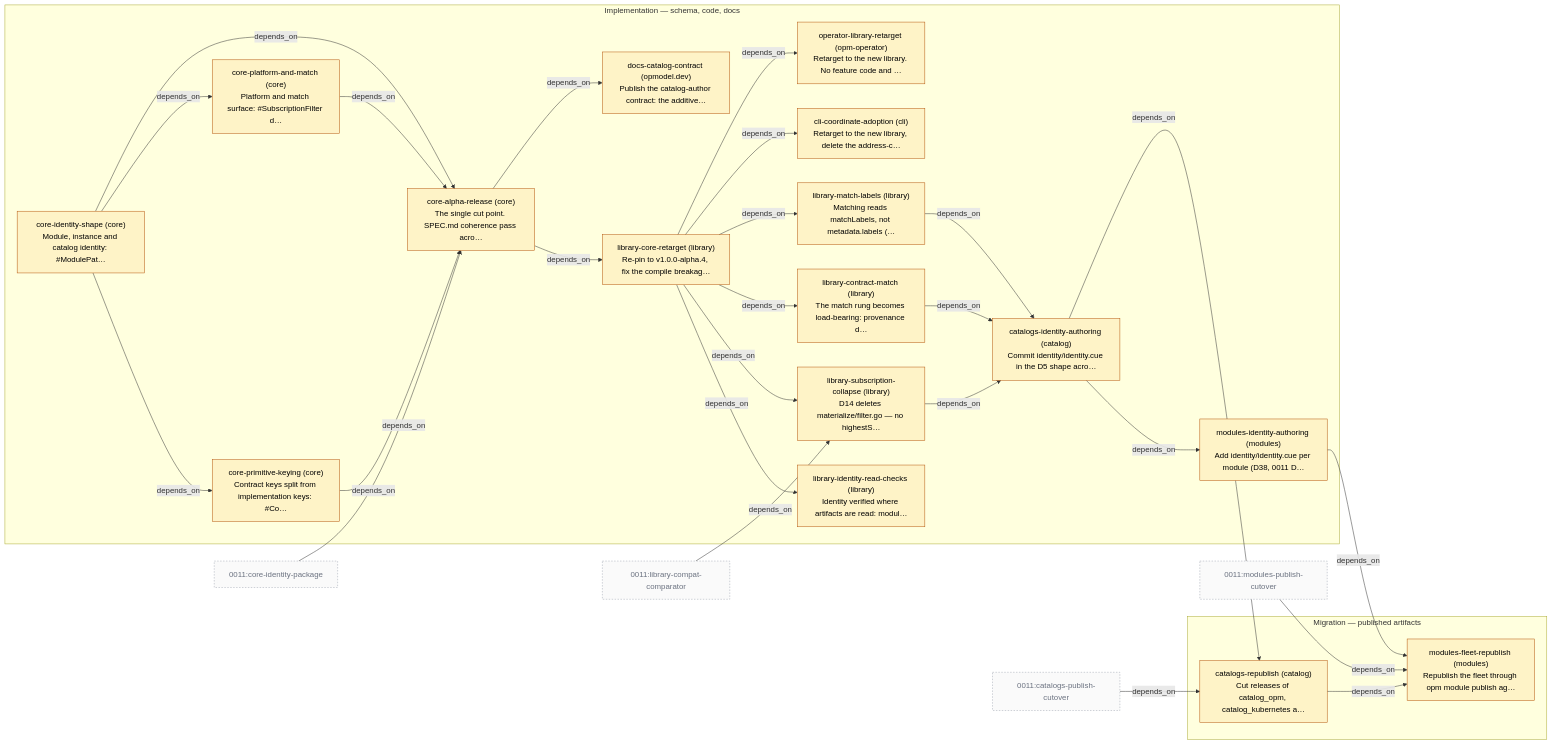
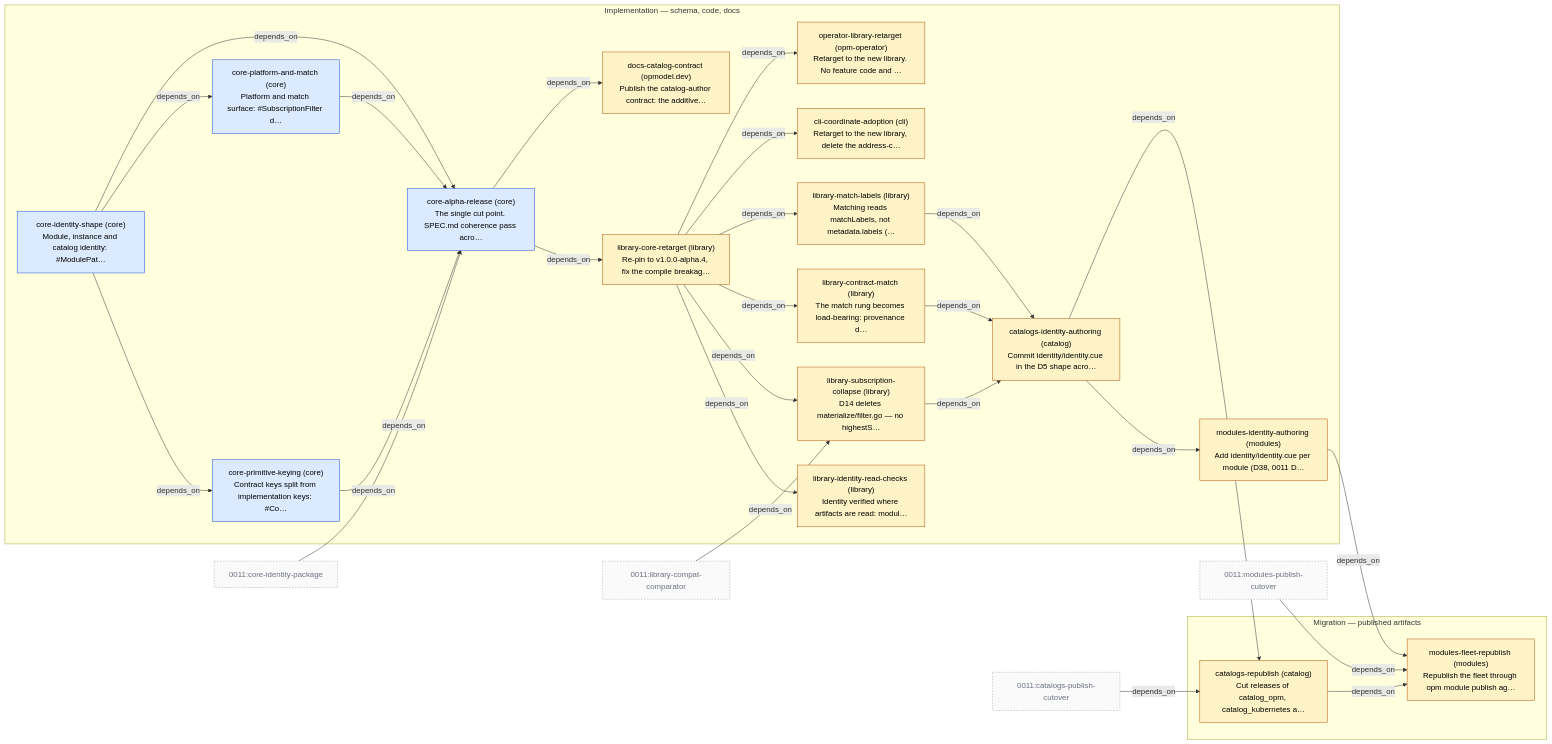
One commit to open-platform-model/enhancements changed the diagram in 0010/PLAN.md. Above: the diagram before and after it, drawn with Mermaid. The commit also changed other lines of this file and 6 other files, not shown here.

First line of the commit message:
docs(0010,0011): move core slices to in-progress with openspec refs

````diff
--- a/0010/PLAN.md
+++ b/0010/PLAN.md
@@ -5,58 +5,58 @@
 ```mermaid
 graph LR
   classDef planned     fill:#fef3c7,stroke:#b45309,color:#000
   classDef in_progress fill:#dbeafe,stroke:#1d4ed8,color:#000
   classDef done        fill:#dcfce7,stroke:#15803d,color:#000
   classDef cancelled   fill:#e5e7eb,stroke:#6b7280,color:#6b7280
   classDef other       fill:#fafafa,stroke:#9ca3af,color:#6b7280,stroke-dasharray:3 3
 
   subgraph PHASE_IMPL["Implementation — schema, code, docs"]
-    S_core-identity-shape["core-identity-shape (core)\nModule, instance and catalog identity: #ModulePat…"]:::planned
-    S_core-primitive-keying["core-primitive-keying (core)\nContract keys split from implementation keys: #Co…"]:::planned
-    S_core-platform-and-match["core-platform-and-match (core)\nPlatform and match surface: #SubscriptionFilter d…"]:::planned
-    S_core-alpha-release["core-alpha-release (core)\nThe single cut point. SPEC.md coherence pass acro…"]:::planned
+    S_core-identity-shape["core-identity-shape (core)\nModule, instance and catalog identity: #ModulePat…"]:::in_progress
+    S_core-primitive-keying["core-primitive-keying (core)\nContract keys split from implementation keys: #Co…"]:::in_progress
+    S_core-platform-and-match["core-platform-and-match (core)\nPlatform and match surface: #SubscriptionFilter d…"]:::in_progress
+    S_core-alpha-release["core-alpha-release (core)\nThe single cut point. SPEC.md coherence pass acro…"]:::in_progress
     S_library-core-retarget["library-core-retarget (library)\nRe-pin to v1.0.0-alpha.4, fix the compile breakag…"]:::planned
     S_library-identity-read-checks["library-identity-read-checks (library)\nIdentity verified where artifacts are read: modul…"]:::planned
     S_library-subscription-collapse["library-subscription-collapse (library)\nD14 deletes materialize/filter.go — no highestS…"]:::planned
     S_library-contract-match["library-contract-match (library)\nThe match rung becomes load-bearing: provenance d…"]:::planned
     S_library-match-labels["library-match-labels (library)\nMatching reads matchLabels, not metadata.labels (…"]:::planned
     S_docs-catalog-contract["docs-catalog-contract (opmodel.dev)\nPublish the catalog-author contract: the additive…"]:::planned
     S_cli-coordinate-adoption["cli-coordinate-adoption (cli)\nRetarget to the new library, delete the address-c…"]:::planned
     S_operator-library-retarget["operator-library-retarget (opm-operator)\nRetarget to the new library. No feature code and …"]:::planned
     S_catalogs-identity-authoring["catalogs-identity-authoring (catalog)\nCommit identity/identity.cue in the D5 shape acro…"]:::planned
     S_modules-identity-authoring["modules-identity-authoring (modules)\nAdd identity/identity.cue per module (D38, 0011 D…"]:::planned
   end
   subgraph PHASE_MIGR["Migration — published artifacts"]
     S_catalogs-republish["catalogs-republish (catalog)\nCut releases of catalog_opm, catalog_kubernetes a…"]:::planned
     S_modules-fleet-republish["modules-fleet-republish (modules)\nRepublish the fleet through opm module publish ag…"]:::planned
   end
 
   S_core-identity-shape -->|depends_on| S_core-primitive-keying
   S_core-identity-shape -->|depends_on| S_core-platform-and-match
   S_core-identity-shape -->|depends_on| S_core-alpha-release
   S_core-primitive-keying -->|depends_on| S_core-alpha-release
   S_core-platform-and-match -->|depends_on| S_core-alpha-release
   X_0011_core-identity-package["0011:core-identity-package"]:::other
   X_0011_core-identity-package -->|depends_on| S_core-alpha-release
   S_core-alpha-release -->|depends_on| S_library-core-retarget
   S_library-core-retarget -->|depends_on| S_library-identity-read-checks
   S_library-core-retarget -->|depends_on| S_library-subscription-collapse
   X_0011_library-compat-comparator["0011:library-compat-comparator"]:::other
   X_0011_library-compat-comparator -->|depends_on| S_library-subscription-collapse
   S_library-core-retarget -->|depends_on| S_library-contract-match
   S_library-core-retarget -->|depends_on| S_library-match-labels
   S_core-alpha-release -->|depends_on| S_docs-catalog-contract
   S_library-core-retarget -->|depends_on| S_cli-coordinate-adoption
   S_library-core-retarget -->|depends_on| S_operator-library-retarget
   S_library-subscription-collapse -->|depends_on| S_catalogs-identity-authoring
   S_library-contract-match -->|depends_on| S_catalogs-identity-authoring
   S_library-match-labels -->|depends_on| S_catalogs-identity-authoring
   S_catalogs-identity-authoring -->|depends_on| S_modules-identity-authoring
   S_catalogs-identity-authoring -->|depends_on| S_catalogs-republish
   X_0011_catalogs-publish-cutover["0011:catalogs-publish-cutover"]:::other
   X_0011_catalogs-publish-cutover -->|depends_on| S_catalogs-republish
   S_catalogs-republish -->|depends_on| S_modules-fleet-republish
   S_modules-identity-authoring -->|depends_on| S_modules-fleet-republish
   X_0011_modules-publish-cutover["0011:modules-publish-cutover"]:::other
   X_0011_modules-publish-cutover -->|depends_on| S_modules-fleet-republish
 ```
````
